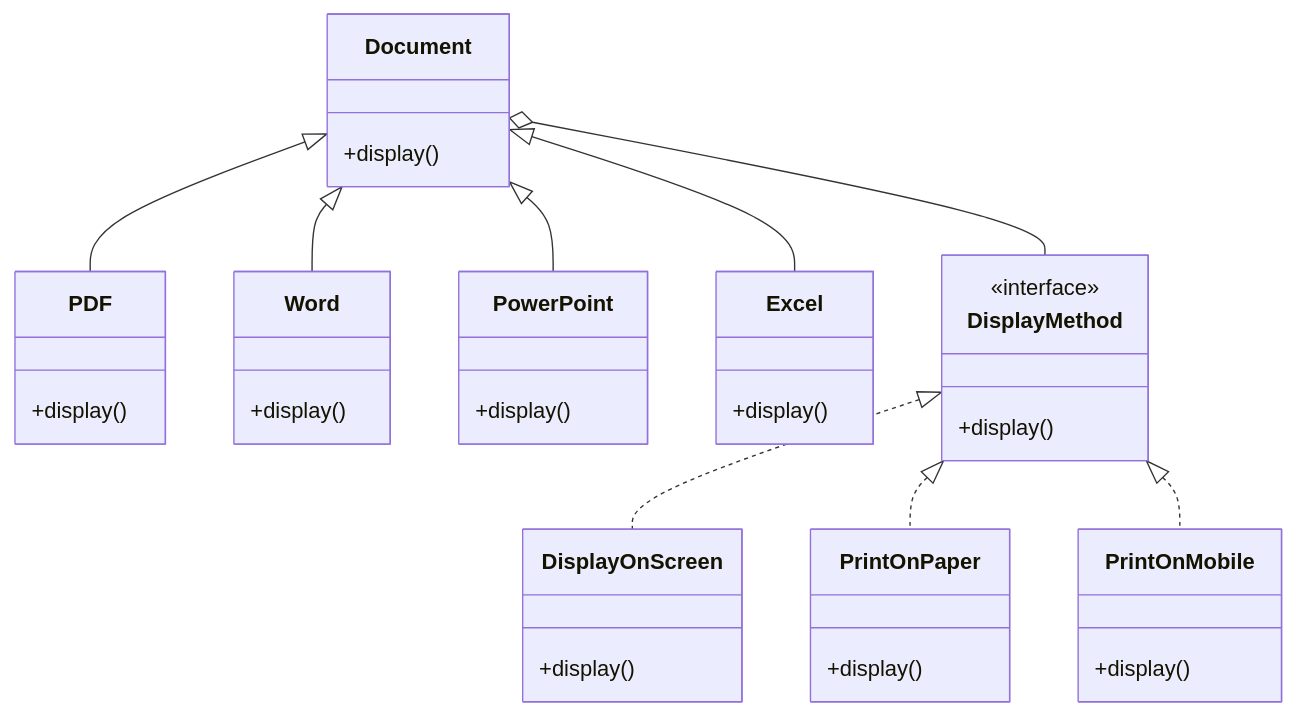
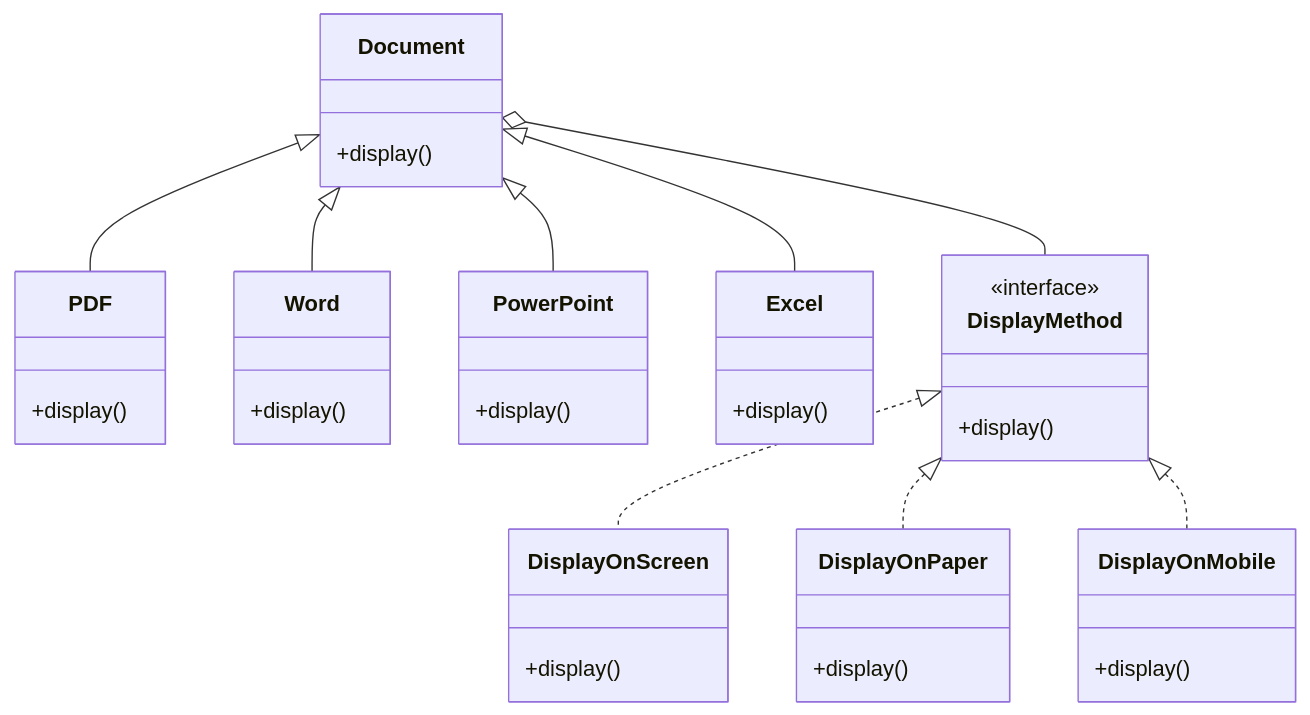
Before and after one commit to ninhpham-dev/design-pattern: the second of 2 diagrams in Structural/Bridge/readme.md, drawn with Mermaid. The commit also changed other lines of this file and 1 other file, not shown here.

Commit message:
feat: update bridge pattern

````diff
--- a/Structural/Bridge/readme.md
+++ b/Structural/Bridge/readme.md
@@ -65,49 +65,49 @@
 ```mermaid
 classDiagram
     class Document {
         +display() 
     }
 
     class PDF {
         +display()
     }
 
     class Word {
         +display()
     }
 
     class PowerPoint {
         +display()
     }
 
      class Excel {
         +display()
     }
 
     class DisplayMethod {
         <<interface>>
         +display()
     }
 
     class DisplayOnScreen {
         +display()
     }
 
-    class PrintOnPaper {
+    class DisplayOnPaper {
         +display()
     }
 
-    class PrintOnMobile {
+    class DisplayOnMobile {
         +display()
     }
 
     Document <|-- PDF
     Document <|-- Word
     Document <|-- PowerPoint
     Document <|-- Excel
     Document o-- DisplayMethod
     DisplayMethod <|.. DisplayOnScreen
-    DisplayMethod <|.. PrintOnPaper
-    DisplayMethod <|.. PrintOnMobile
+    DisplayMethod <|.. DisplayOnPaper
+    DisplayMethod <|.. DisplayOnMobile
 
 ```
````
